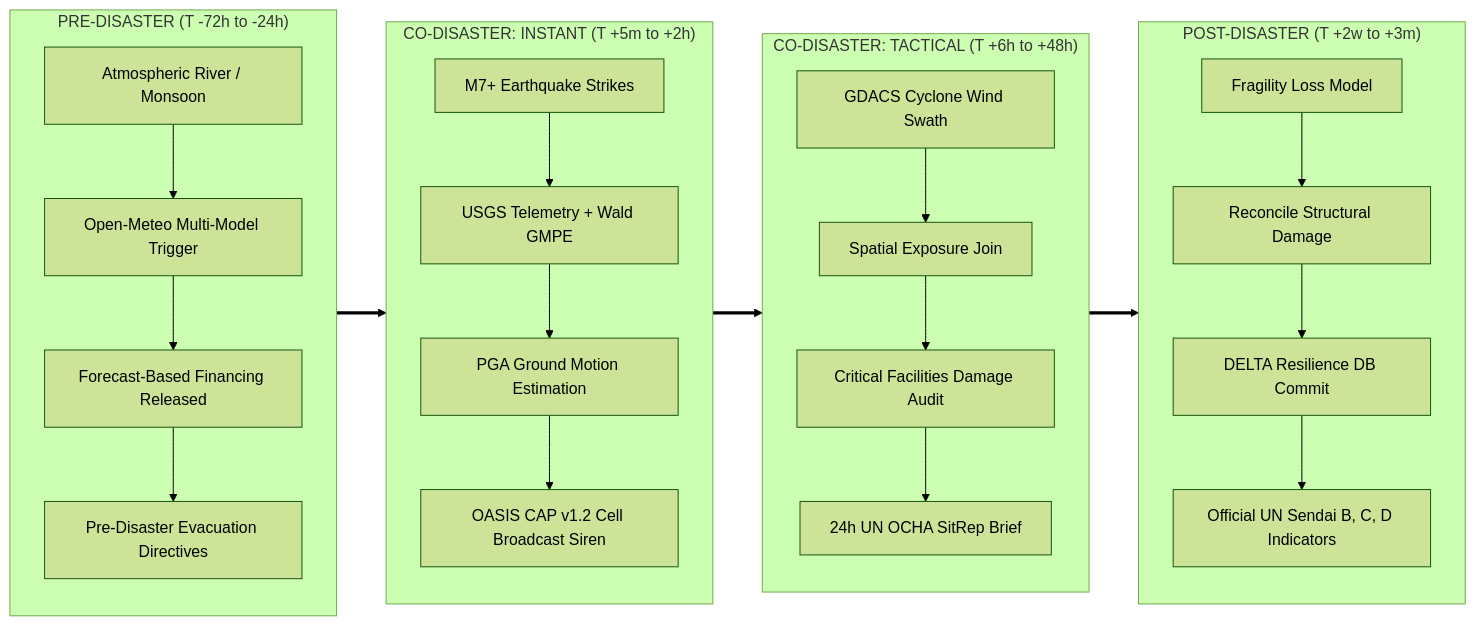
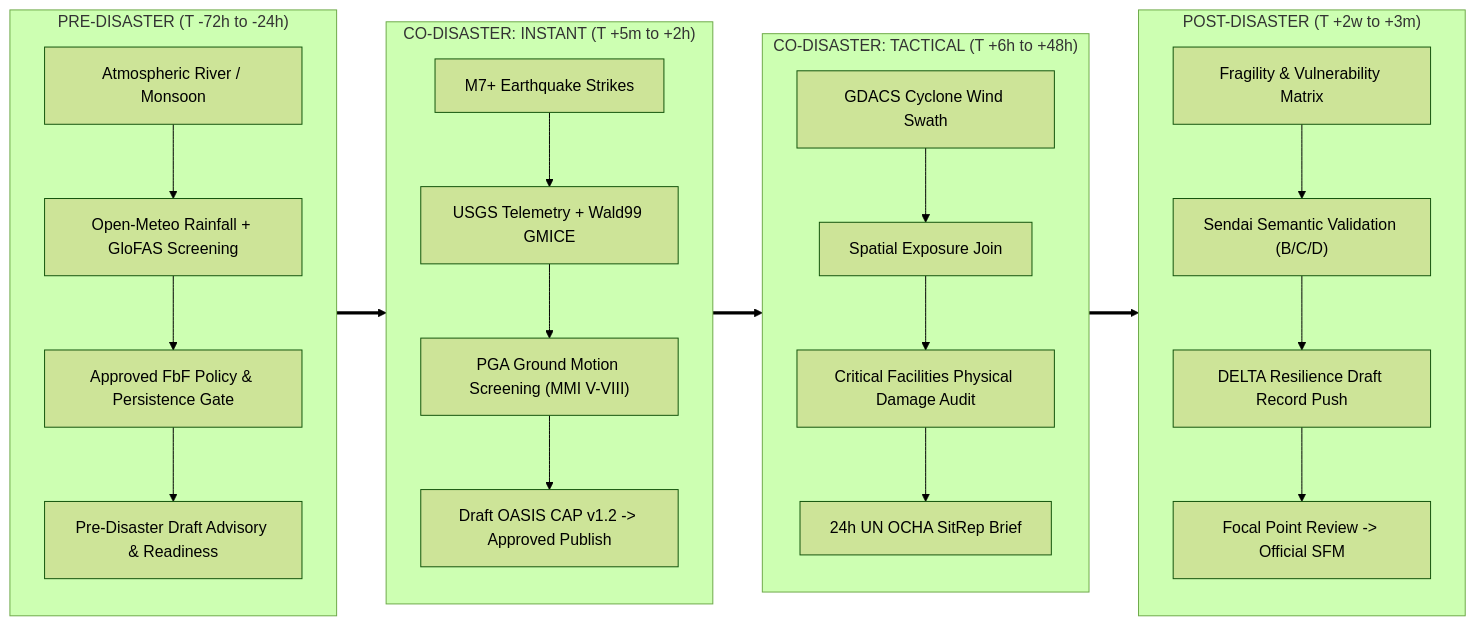
Before and after one commit to sindicatoesp/drr-agent-plugin: the diagram in docs/operational-playbook.md, drawn with Mermaid (forest theme). The commit also changed other lines of this file and 25 other files, not shown here.

````diff
--- a/docs/operational-playbook.md
+++ b/docs/operational-playbook.md
@@ -21,34 +21,34 @@
 ```mermaid
 flowchart LR
     subgraph Pre["PRE-DISASTER (T -72h to -24h)"]
         direction TB
-        A1["Atmospheric River / Monsoon"] --> A2["Open-Meteo Multi-Model Trigger"]
-        A2 --> A3["Forecast-Based Financing Released"]
-        A3 --> A4["Pre-Disaster Evacuation Directives"]
+        A1["Atmospheric River / Monsoon"] --> A2["Open-Meteo Rainfall + GloFAS Screening"]
+        A2 --> A3["Approved FbF Policy & Persistence Gate"]
+        A3 --> A4["Pre-Disaster Draft Advisory & Readiness"]
     end
 
     subgraph Co1["CO-DISASTER: INSTANT (T +5m to +2h)"]
         direction TB
-        B1["M7+ Earthquake Strikes"] --> B2["USGS Telemetry + Wald GMPE"]
-        B2 --> B3["PGA Ground Motion Estimation"]
-        B3 --> B4["OASIS CAP v1.2 Cell Broadcast Siren"]
+        B1["M7+ Earthquake Strikes"] --> B2["USGS Telemetry + Wald99 GMICE"]
+        B2 --> B3["PGA Ground Motion Screening (MMI V-VIII)"]
+        B3 --> B4["Draft OASIS CAP v1.2 -> Approved Publish"]
     end
 
     subgraph Co2["CO-DISASTER: TACTICAL (T +6h to +48h)"]
         direction TB
         C1["GDACS Cyclone Wind Swath"] --> C2["Spatial Exposure Join"]
-        C2 --> C3["Critical Facilities Damage Audit"]
+        C2 --> C3["Critical Facilities Physical Damage Audit"]
         C3 --> C4["24h UN OCHA SitRep Brief"]
     end
 
     subgraph Post["POST-DISASTER (T +2w to +3m)"]
         direction TB
-        D1["Fragility Loss Model"] --> D2["Reconcile Structural Damage"]
-        D2 --> D3["DELTA Resilience DB Commit"]
-        D3 --> D4["Official UN Sendai B, C, D Indicators"]
+        D1["Fragility & Vulnerability Matrix"] --> D2["Sendai Semantic Validation (B/C/D)"]
+        D2 --> D3["DELTA Resilience Draft Record Push"]
+        D3 --> D4["Focal Point Review -> Official SFM"]
     end
 
     Pre ==> Co1
     Co1 ==> Co2
     Co2 ==> Post
 ```
````
